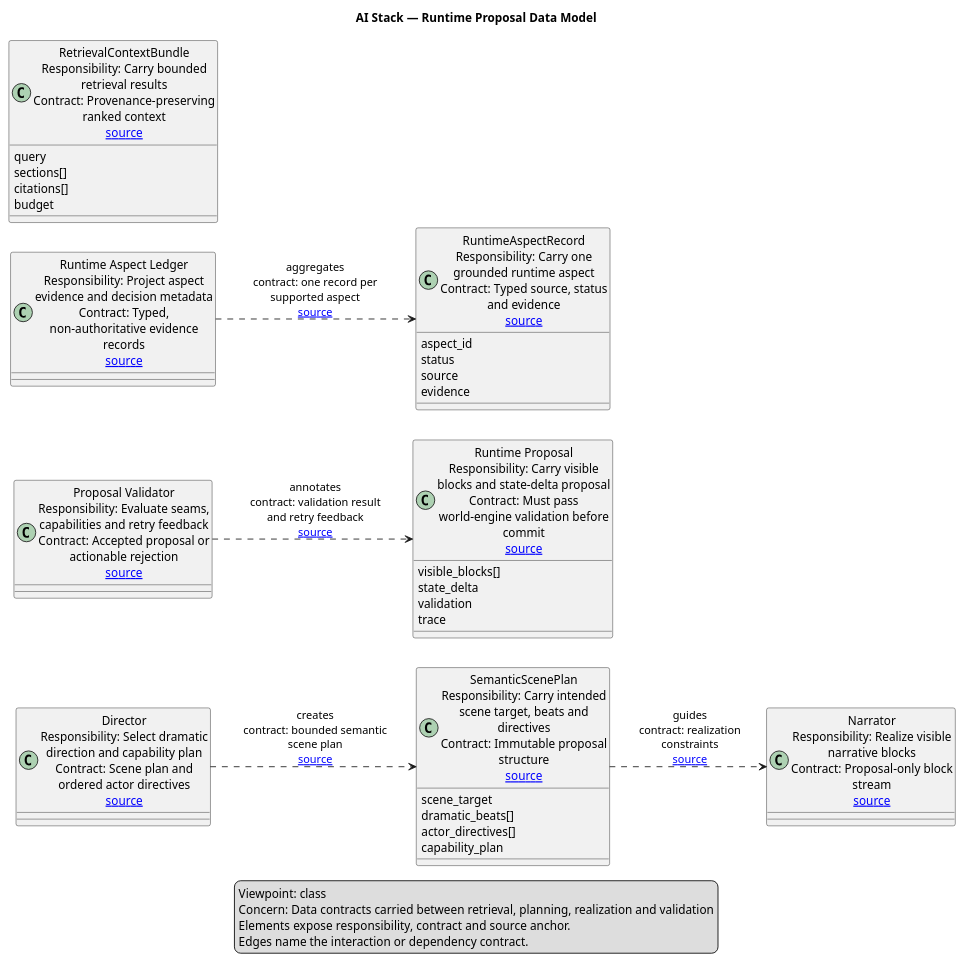
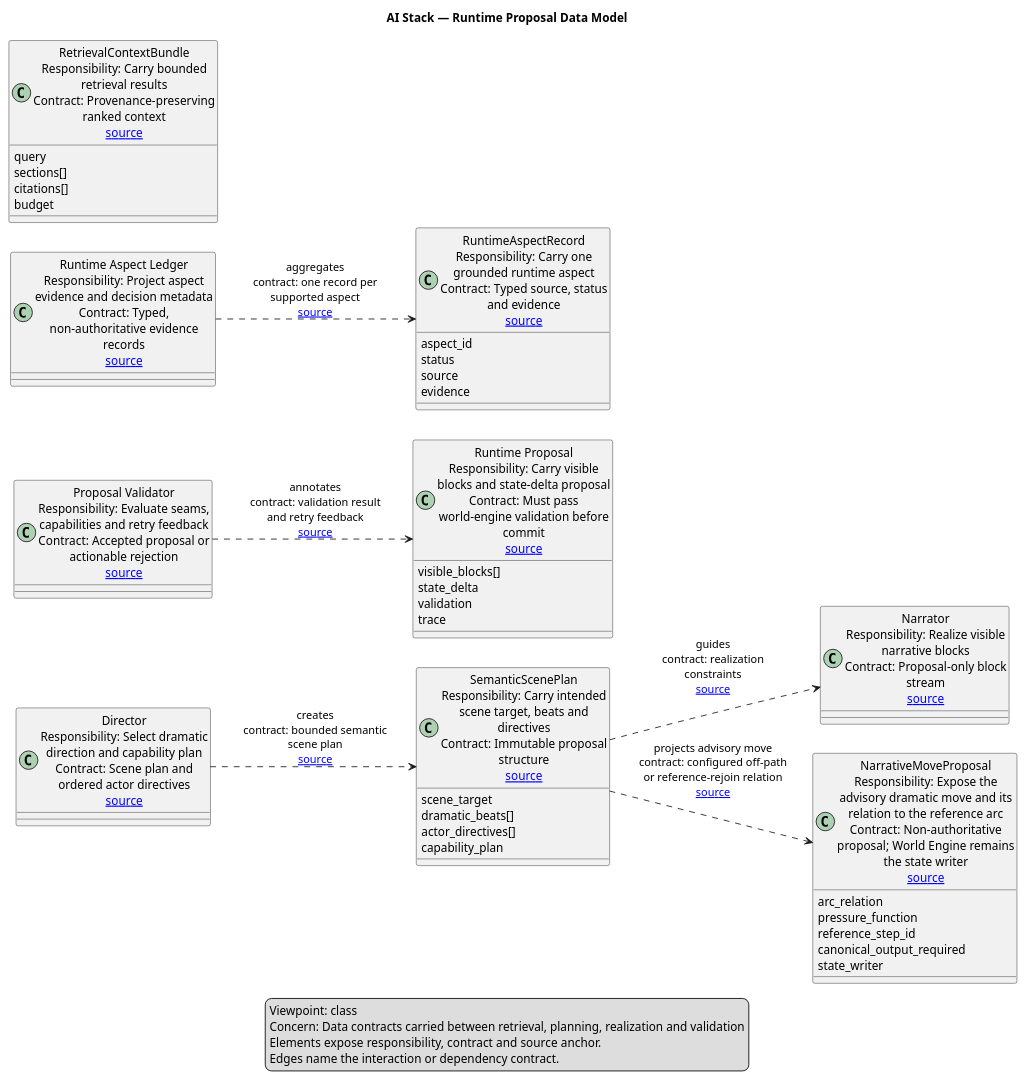
The diagram in UML/Components/ai-stack/classes/runtime-proposal-data-model.puml (Held0fTheWelt/ASHEN-SHELL), drawn with PlantUML before and after one commit. The commit also changed 21 other files, not shown here.

Commit message:
feat(narration): model bounded multi-turn arc rejoin

```diff
--- a/UML/Components/ai-stack/classes/runtime-proposal-data-model.puml
+++ b/UML/Components/ai-stack/classes/runtime-proposal-data-model.puml
@@ -1,67 +1,76 @@
 @startuml
 ' bt-view-kind: class
 ' bt-view-id: ai-stack:runtime-data
 title AI Stack — Runtime Proposal Data Model
 left to right direction
 skinparam shadowing false
 skinparam wrapWidth 220
 skinparam maxMessageSize 180
 
 ' bt-element-id: director
 ' bt-element-id: narrator
 ' bt-element-id: validator
 ' bt-element-id: ledger
 ' bt-element-id: context_pack
 ' bt-element-id: plan
+' bt-element-id: narrative_move
 ' bt-element-id: proposal
 ' bt-element-id: aspect
 
 class "Director\nResponsibility: Select dramatic direction and capability plan\nContract: Scene plan and ordered actor directives\n[[../../../../ai_stack/story_runtime/director/director_realization_composer.py source]]" as director {
 
 }
 class "Narrator\nResponsibility: Realize visible narrative blocks\nContract: Proposal-only block stream\n[[../../../../ai_stack/story_runtime/narrator/god_of_carnage_narrator_path.py source]]" as narrator {
 
 }
 class "Proposal Validator\nResponsibility: Evaluate seams, capabilities and retry feedback\nContract: Accepted proposal or actionable rejection\n[[../../../../ai_stack/langgraph/validation/builder.py source]]" as validator {
 
 }
 class "Runtime Aspect Ledger\nResponsibility: Project aspect evidence and decision metadata\nContract: Typed, non-authoritative evidence records\n[[../../../../ai_stack/story_runtime/runtime_aspect_ledger/records.py source]]" as ledger {
 
 }
 class "RetrievalContextBundle\nResponsibility: Carry bounded retrieval results\nContract: Provenance-preserving ranked context\n[[../../../../ai_stack/rag/retrieval_context_bundles.py source]]" as context_pack {
   query
   sections[]
   citations[]
   budget
 }
 class "SemanticScenePlan\nResponsibility: Carry intended scene target, beats and directives\nContract: Immutable proposal structure\n[[../../../../ai_stack/story_runtime/semantic_planner/semantic_scene_plan/__init__.py source]]" as plan {
   scene_target
   dramatic_beats[]
   actor_directives[]
   capability_plan
 }
+class "NarrativeMoveProposal\nResponsibility: Expose the advisory dramatic move and its relation to the reference arc\nContract: Non-authoritative proposal; World Engine remains the state writer\n[[../../../../ai_stack/story_runtime/semantic_planner/semantic_scene_plan/narrative_move.py source]]" as narrative_move {
+  arc_relation
+  pressure_function
+  reference_step_id
+  canonical_output_required
+  state_writer
+}
 class "Runtime Proposal\nResponsibility: Carry visible blocks and state-delta proposal\nContract: Must pass world-engine validation before commit\n[[../../../../ai_stack/langgraph/langgraph_runtime_package_output.py source]]" as proposal {
   visible_blocks[]
   state_delta
   validation
   trace
 }
 class "RuntimeAspectRecord\nResponsibility: Carry one grounded runtime aspect\nContract: Typed source, status and evidence\n[[../../../../ai_stack/story_runtime/runtime_aspect_ledger/records.py source]]" as aspect {
   aspect_id
   status
   source
   evidence
 }
 
 director ..> plan : "creates\ncontract: bounded semantic scene plan\n[[../../../../ai_stack/story_runtime/semantic_planner/semantic_scene_planner.py source]]"
 ledger ..> aspect : "aggregates\ncontract: one record per supported aspect\n[[../../../../ai_stack/story_runtime/runtime_aspect_ledger/records.py source]]"
+plan ..> narrative_move : "projects advisory move\ncontract: configured off-path or reference-rejoin relation\n[[../../../../ai_stack/story_runtime/semantic_planner/semantic_scene_plan/narrative_move.py source]]"
 plan ..> narrator : "guides\ncontract: realization constraints\n[[../../../../ai_stack/story_runtime/director/director_realization_composer.py source]]"
 validator ..> proposal : "annotates\ncontract: validation result and retry feedback\n[[../../../../ai_stack/langgraph/validation/result.py source]]"
 
 legend bottom
 Viewpoint: class
 Concern: Data contracts carried between retrieval, planning, realization and validation
 Elements expose responsibility, contract and source anchor.
 Edges name the interaction or dependency contract.
 endlegend
 @enduml
```
